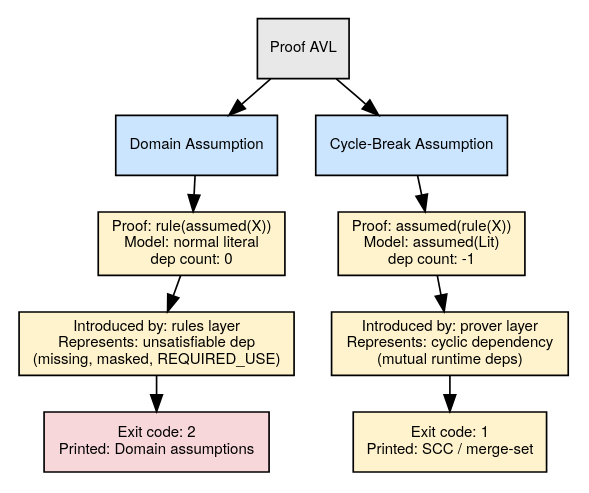
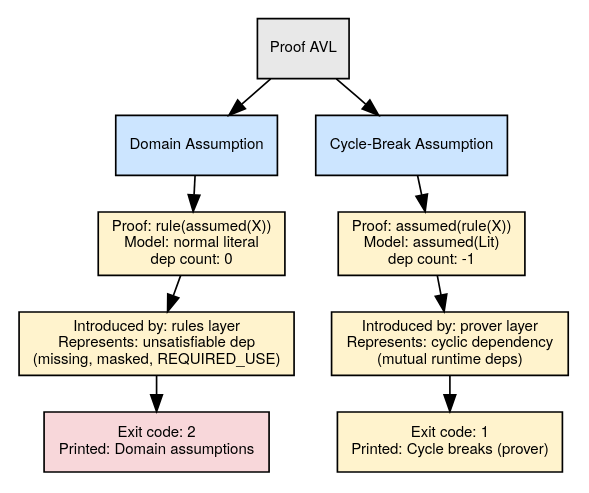
The diagram in Documentation/Handbook/Diagrams/09-assumption-taxonomy.dot (pvdabeel/prolog), drawn with Graphviz before and after one commit. The commit also changed 26 other files, not shown here.

```diff
--- a/Documentation/Handbook/Diagrams/09-assumption-taxonomy.dot
+++ b/Documentation/Handbook/Diagrams/09-assumption-taxonomy.dot
@@ -1,42 +1,42 @@
 // Chapter 9 — Assumption taxonomy: domain vs cycle-break (compact)
 // Render: dot -Tsvg 09-assumption-taxonomy.dot -o 09-assumption-taxonomy.svg
 
 digraph taxonomy {
     rankdir=TB;
     fontname="Helvetica Neue";
     fontsize=10;
     node [fontname="Helvetica Neue", fontsize=9, style=filled, margin="0.10,0.06"];
     edge [fontname="Helvetica Neue", fontsize=8];
     nodesep=0.30;
     ranksep=0.30;
 
     // Top
     proof [label="Proof AVL", shape=box, fillcolor="#e8e8e8"];
 
     // Two branches
     domain_hdr [label="Domain Assumption", shape=box, fillcolor="#cce5ff"];
     cycle_hdr  [label="Cycle-Break Assumption", shape=box, fillcolor="#cce5ff"];
 
     proof -> domain_hdr;
     proof -> cycle_hdr;
 
     // Domain side — compact
     domain_keys [label="Proof: rule(assumed(X))\nModel: normal literal\ndep count: 0", shape=box, fillcolor="#fff3cd"];
     domain_info [label="Introduced by: rules layer\nRepresents: unsatisfiable dep\n(missing, masked, REQUIRED_USE)", shape=box, fillcolor="#fff3cd"];
     domain_out  [label="Exit code: 2\nPrinted: Domain assumptions", shape=box, fillcolor="#f8d7da"];
 
     // Cycle side — compact
     cycle_keys [label="Proof: assumed(rule(X))\nModel: assumed(Lit)\ndep count: -1", shape=box, fillcolor="#fff3cd"];
     cycle_info [label="Introduced by: prover layer\nRepresents: cyclic dependency\n(mutual runtime deps)", shape=box, fillcolor="#fff3cd"];
-    cycle_out  [label="Exit code: 1\nPrinted: SCC / merge-set", shape=box, fillcolor="#fff3cd"];
+    cycle_out  [label="Exit code: 1\nPrinted: Cycle breaks (prover)", shape=box, fillcolor="#fff3cd"];
 
     // Connect
     domain_hdr -> domain_keys -> domain_info -> domain_out;
     cycle_hdr -> cycle_keys -> cycle_info -> cycle_out;
 
     // Align
     { rank=same; domain_hdr; cycle_hdr; }
     { rank=same; domain_keys; cycle_keys; }
     { rank=same; domain_info; cycle_info; }
     { rank=same; domain_out; cycle_out; }
 }
```
